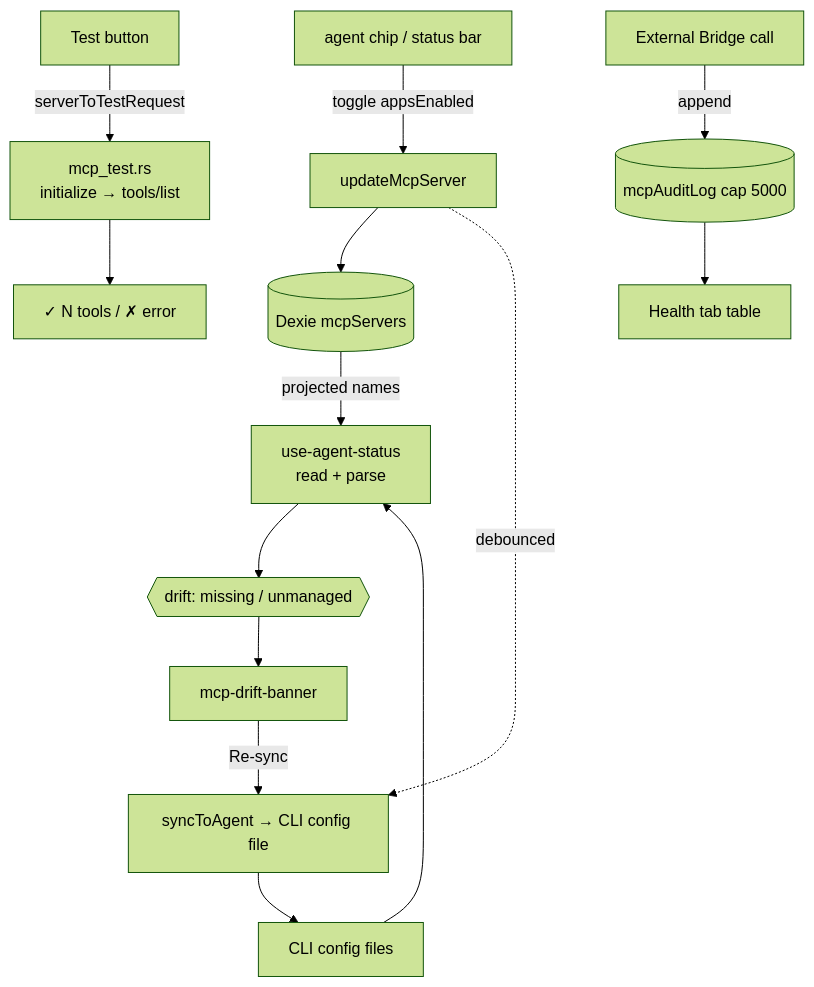
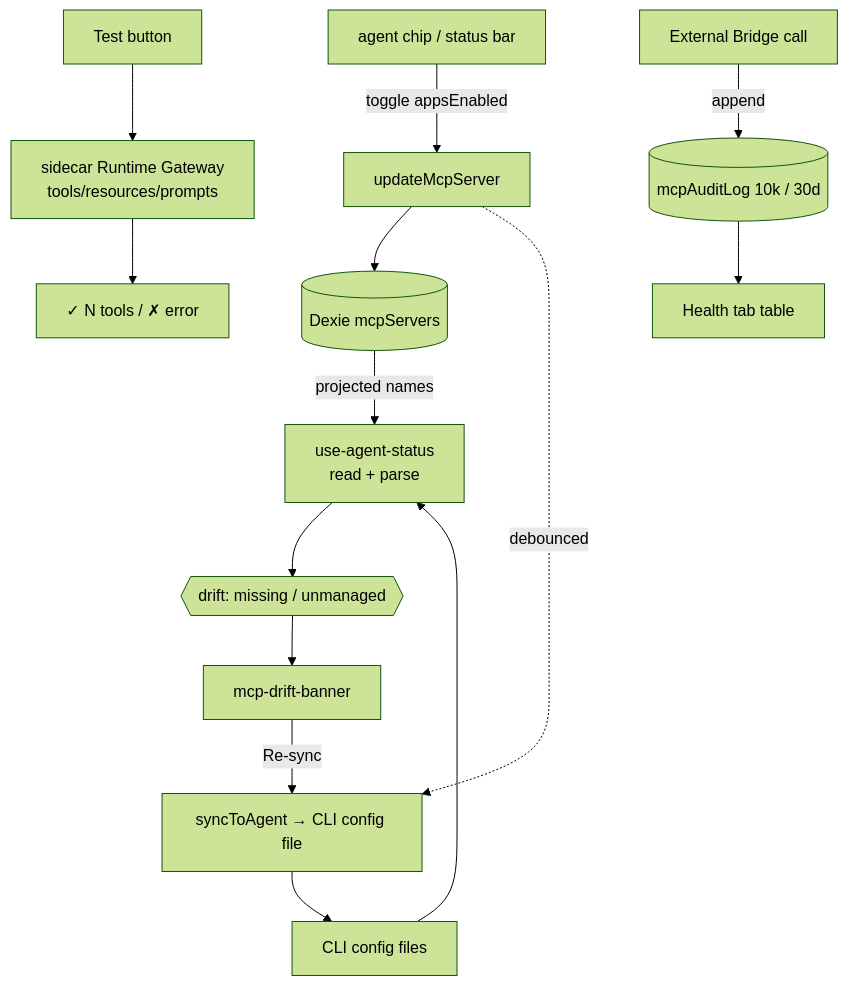
One commit to MaxQian888/cognia-next changed the diagram in docs/content/docs/en/subsystems/mcp/agent-sync-and-health.mdx. Above: the diagram before and after it, drawn with Mermaid (forest theme). The commit also changed other lines of this file and 53 other files, not shown here.

Commit message:
docs: synchronize architecture and API references

````diff
--- a/docs/content/docs/en/subsystems/mcp/agent-sync-and-health.mdx
+++ b/docs/content/docs/en/subsystems/mcp/agent-sync-and-health.mdx
@@ -171,19 +147,19 @@
 ```mermaid
 flowchart TB
   Chip["agent chip / status bar"] -->|toggle appsEnabled| Update["updateMcpServer"]
   Update --> DB[("Dexie mcpServers")]
   Update -.debounced.-> Sync["syncToAgent → CLI config file"]
 
   Files["CLI config files"] --> Status["use-agent-status<br/>read + parse"]
   DB -->|projected names| Status
   Status --> Drift{{"drift: missing / unmanaged"}}
   Drift --> Banner["mcp-drift-banner"]
   Banner -->|Re-sync| Sync
   Sync --> Files
 
-  Test["Test button"] -->|serverToTestRequest| Probe["mcp_test.rs<br/>initialize → tools/list"]
-  Probe --> Badge["✓ N tools / ✗ error"]
+  Test["Test button"] --> Gateway["sidecar Runtime Gateway<br/>tools/resources/prompts"]
+  Gateway --> Badge["✓ N tools / ✗ error"]
 
-  Bridge["External Bridge call"] -->|append| Audit[("mcpAuditLog cap 5000")]
+  Bridge["External Bridge call"] -->|append| Audit[("mcpAuditLog 10k / 30d")]
   Audit --> Health["Health tab table"]
 ```
````
